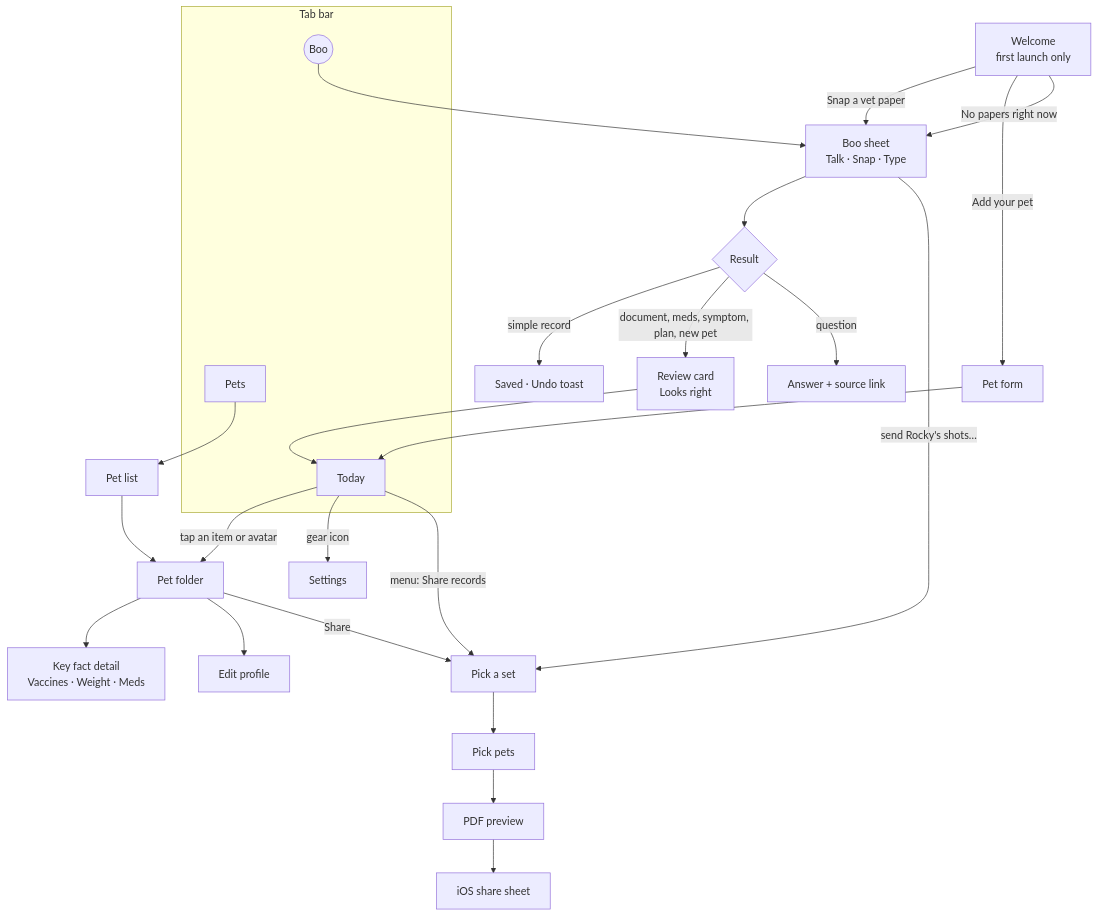
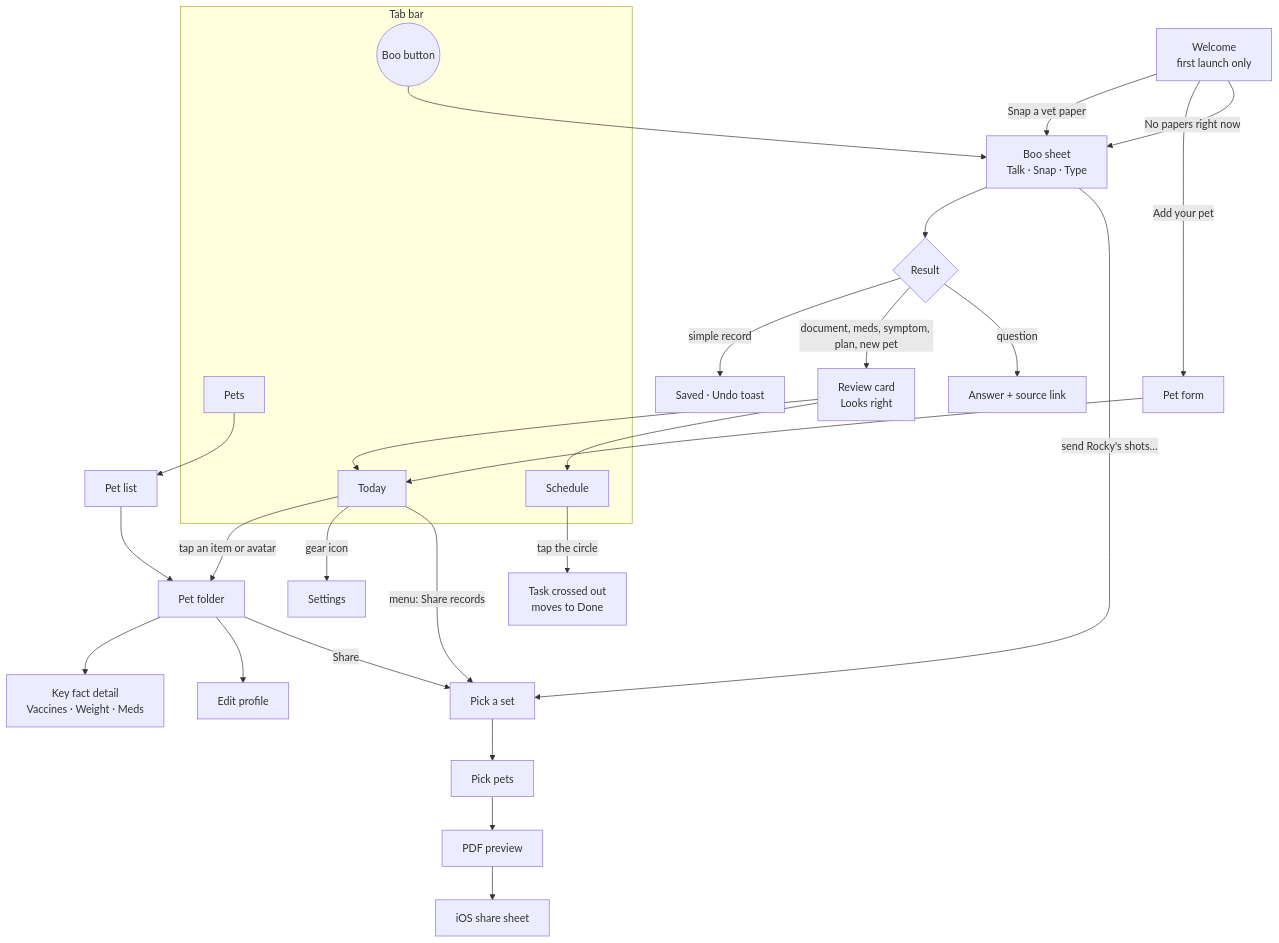
Before and after one commit to hanna-gekker/smartboo-pet-care: the diagram in docs/ARCHITECTURE.md, drawn with Mermaid. The commit also changed other lines of this file and 2 other files, not shown here.

First line of the commit message:
docs: add Schedule tab and separate Boo button

````diff
--- a/docs/ARCHITECTURE.md
+++ b/docs/ARCHITECTURE.md
@@ -9,30 +11,33 @@
 ```mermaid
 flowchart TD
     W[Welcome<br/>first launch only] -->|Snap a vet paper| B
     W -->|Add your pet| PF[Pet form]
     W -->|No papers right now| B
     PF --> T
 
     subgraph Tabs[Tab bar]
         T[Today]
-        BT((Boo))
+        SC[Schedule]
         P[Pets]
+        BT((Boo button))
     end
 
+    SC -->|tap the circle| CK[Task crossed out<br/>moves to Done]
     BT --> B[Boo sheet<br/>Talk · Snap · Type]
     B --> R{Result}
     R -->|simple record| Toast[Saved · Undo toast]
     R -->|document, meds, symptom, plan, new pet| RC[Review card<br/>Looks right]
     R -->|question| A[Answer + source link]
     RC --> T
+    RC --> SC
 
     T -->|tap an item or avatar| F[Pet folder]
     T -->|gear icon| S[Settings]
     P --> PL[Pet list] --> F
     F --> KF[Key fact detail<br/>Vaccines · Weight · Meds]
     F --> E[Edit profile]
     F -->|Share| SH1[Pick a set]
     T -->|menu: Share records| SH1
     B -->|"send Rocky's shots…"| SH1
     SH1 --> SH2[Pick pets] --> SH3[PDF preview] --> OS[iOS share sheet]
 ```
````
